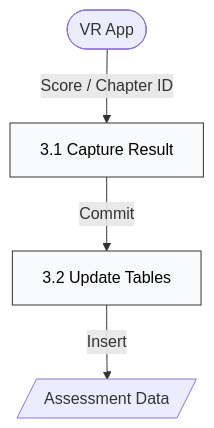
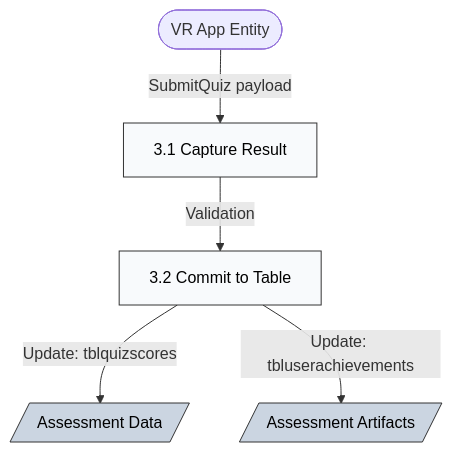
The fifth of 6 diagrams in README.md (whayneGrageda/VR_Nationalian), drawn with Mermaid before and after one commit. The commit also changed other lines of this file, not shown here.

````diff
--- a/README.md
+++ b/README.md
@@ -233,8 +264,13 @@
 ```mermaid
 graph TD
-    VR([VR App]) -- "Score / Chapter ID" --> P3_1[3.1 Capture Result]
-    P3_1 -- "Commit" --> P3_2[3.2 Update Tables]
-    P3_2 -- "Insert" --> D2[/Assessment Data/]
+    VR([VR App Entity]) -- "SubmitQuiz payload" --> P3_1[3.1 Capture Result]
+    P3_1 -- "Validation" --> P3_2[3.2 Commit to Table]
+    P3_2 -- "Update: tblquizscores" --> D2[/Assessment Data/]
+    P3_2 -- "Update: tbluserachievements" --> D3[/Assessment Artifacts/]
+
+    %% Styling for Black Text
     style P3_1 fill:#f8fafc,stroke:#333,color:#000
     style P3_2 fill:#f8fafc,stroke:#333,color:#000
+    style D2 fill:#cbd5e1,stroke:#333,color:#000
+    style D3 fill:#cbd5e1,stroke:#333,color:#000
 ```
````
